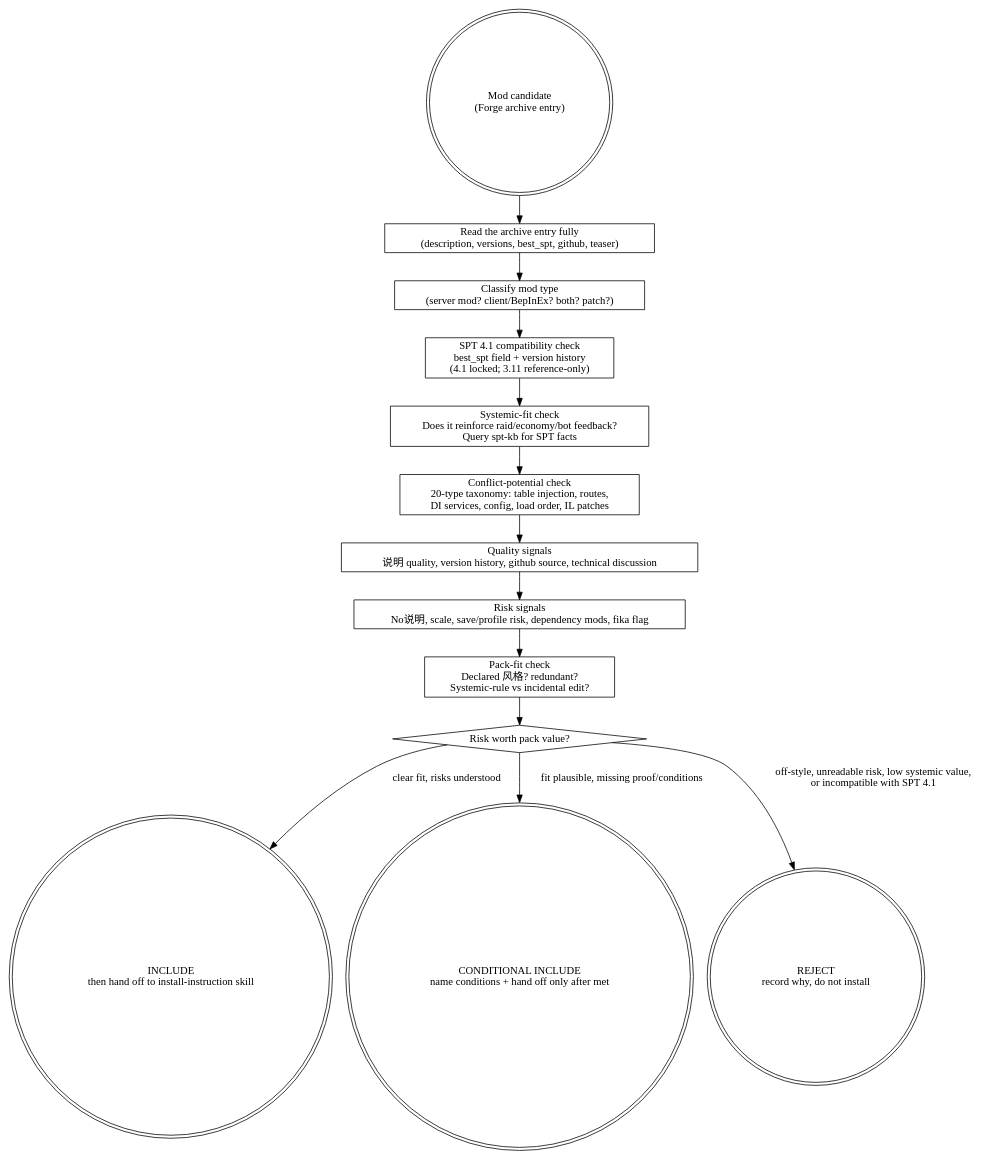
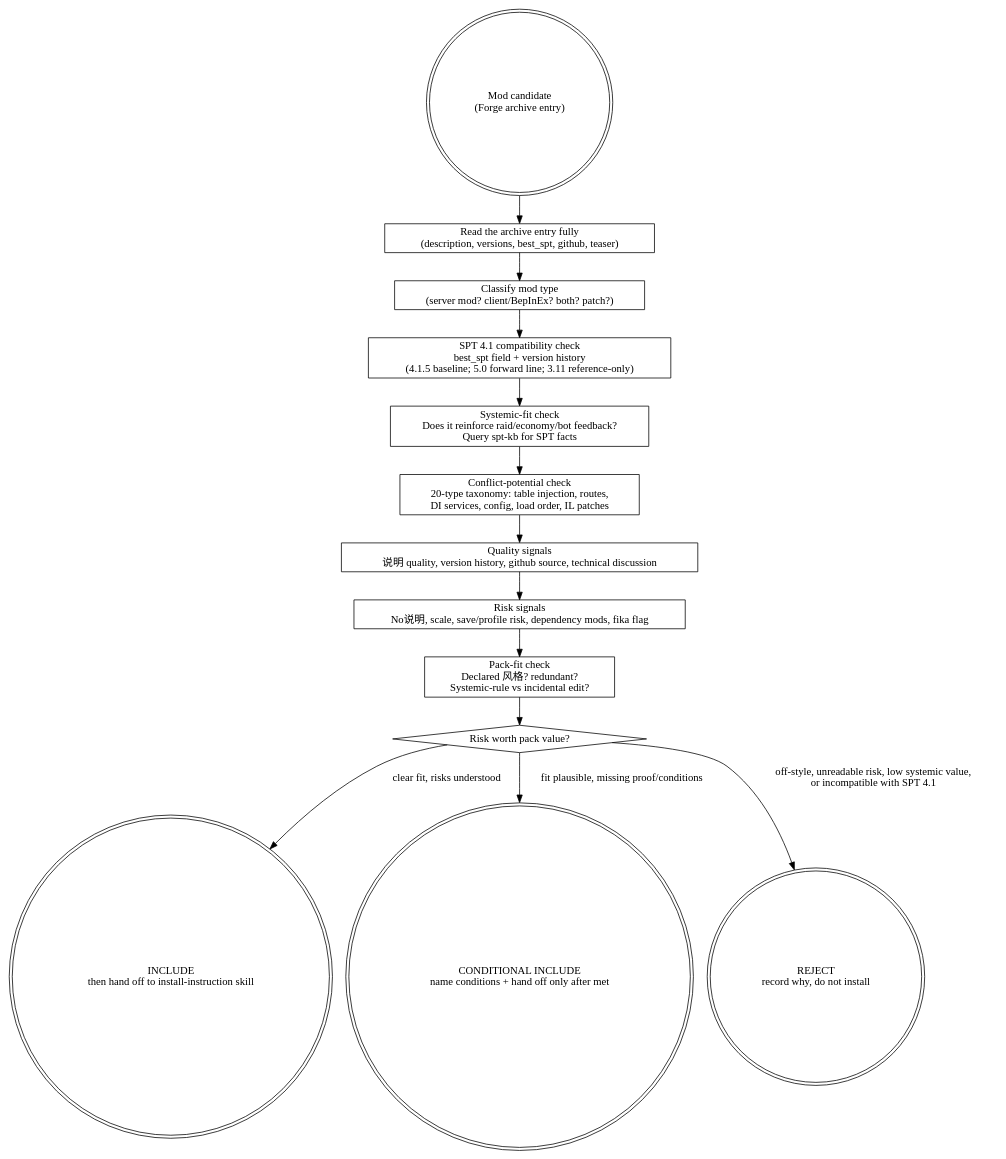
One commit to Samuel-Windersvista/SamMeow-modding-superpowers changed the diagram in skills/evaluating-spt-mods/SKILL.md. Above: the diagram before and after it, drawn with Graphviz. The commit also changed other lines of this file and 23 other files, not shown here.

````diff
--- a/skills/evaluating-spt-mods/SKILL.md
+++ b/skills/evaluating-spt-mods/SKILL.md
@@ -82,25 +82,25 @@
 ```dot
 digraph evaluating_spt_mods {
   rankdir=TB;
   node [shape=box];
 
   start [shape=doublecircle, label="Mod candidate\n(Forge archive entry)"];
   read_entry [label="Read the archive entry fully\n(description, versions, best_spt, github, teaser)"];
   classify [label="Classify mod type\n(server mod? client/BepInEx? both? patch?)"];
-  compat [label="SPT 4.1 compatibility check\nbest_spt field + version history\n(4.1 locked; 3.11 reference-only)"];
+  compat [label="SPT 4.1 compatibility check\nbest_spt field + version history\n(4.1.5 baseline; 5.0 forward line; 3.11 reference-only)"];
   systemic [label="Systemic-fit check\nDoes it reinforce raid/economy/bot feedback?\nQuery spt-kb for SPT facts"];
   conflict [label="Conflict-potential check\n20-type taxonomy: table injection, routes,\nDI services, config, load order, IL patches"];
   quality [label="Quality signals\n说明 quality, version history, github source, technical discussion"];
   risk [label="Risk signals\nNo说明, scale, save/profile risk, dependency mods, fika flag"];
   packfit [label="Pack-fit check\nDeclared 风格? redundant?\nSystemic-rule vs incidental edit?"];
   value [shape=diamond, label="Risk worth pack value?"];
   include [shape=doublecircle, label="INCLUDE\nthen hand off to install-instruction skill"];
   conditional [shape=doublecircle, label="CONDITIONAL INCLUDE\nname conditions + hand off only after met"];
   reject [shape=doublecircle, label="REJECT\nrecord why, do not install"];
 
   start -> read_entry -> classify -> compat -> systemic -> conflict -> quality -> risk -> packfit -> value;
   value -> include [label="clear fit, risks understood"];
   value -> conditional [label="fit plausible, missing proof/conditions"];
   value -> reject [label="off-style, unreadable risk, low systemic value,\nor incompatible with SPT 4.1"];
 }
 ```
````
